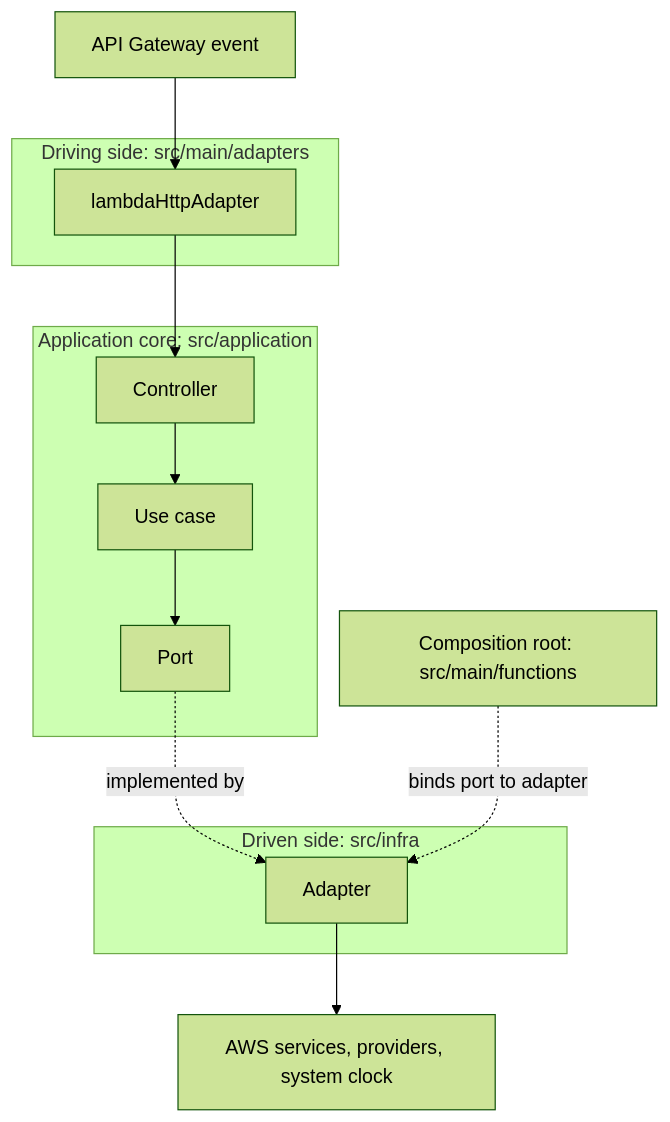
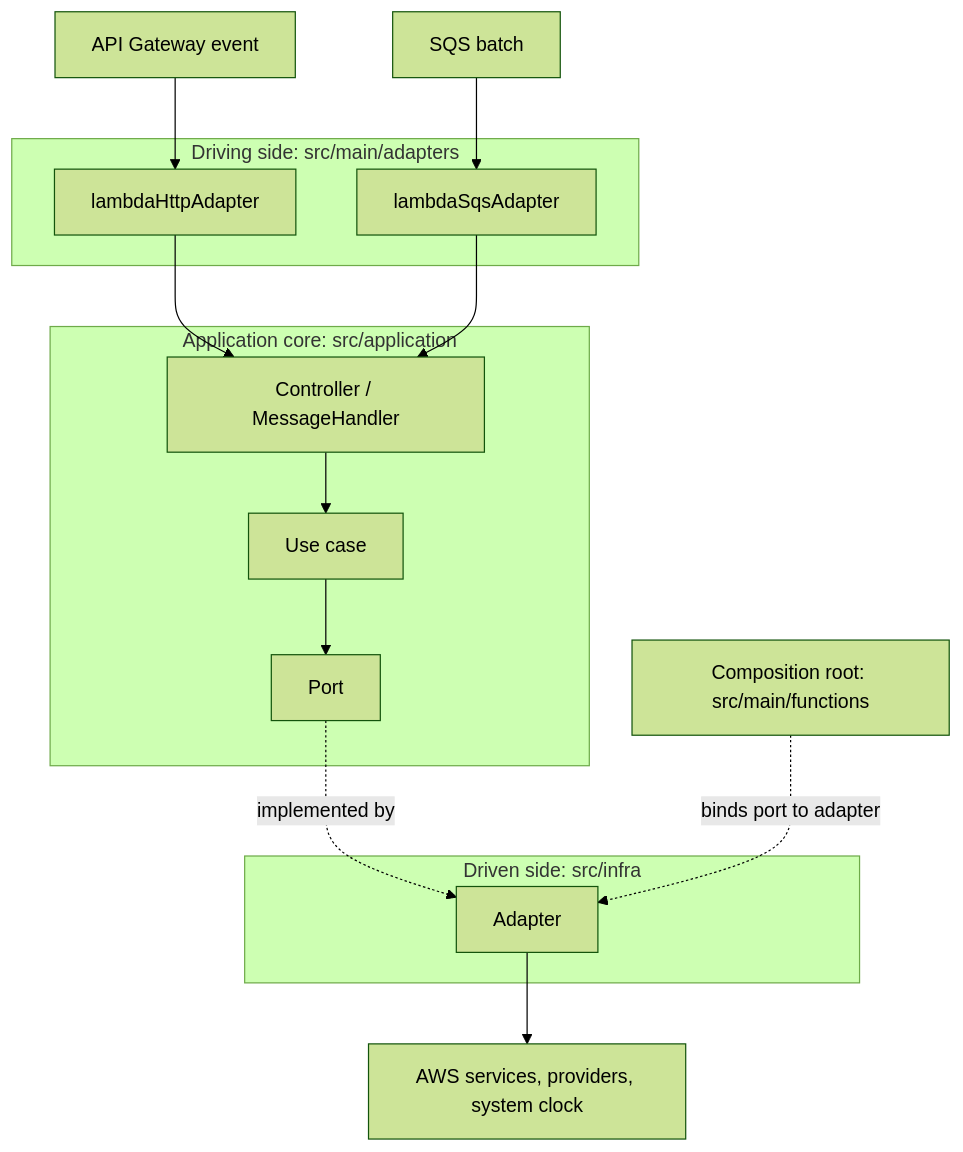
Before and after one commit to gabrielroriz/aws-resilient-payment-flow: the first of 3 diagrams in docs/architecture/code-structure.md, drawn with Mermaid (forest theme). The commit also changed other lines of this file and 40 other files, not shown here.

````diff
--- a/docs/architecture/code-structure.md
+++ b/docs/architecture/code-structure.md
@@ -15,22 +15,26 @@
 ```mermaid
 flowchart TD
     Event["API Gateway event"]
+    QueueEvent["SQS batch"]
     subgraph Driving["Driving side: src/main/adapters"]
         HttpAdapter["lambdaHttpAdapter"]
+        SqsAdapter["lambdaSqsAdapter"]
     end
     subgraph Core["Application core: src/application"]
-        Controller["Controller"] --> UseCase["Use case"]
+        Controller["Controller / MessageHandler"] --> UseCase["Use case"]
         UseCase --> Port["Port"]
     end
     subgraph Driven["Driven side: src/infra"]
         Adapter["Adapter"]
     end
     External["AWS services, providers, system clock"]
     Entry["Composition root: src/main/functions"]
 
     Event --> HttpAdapter
     HttpAdapter --> Controller
+    QueueEvent --> SqsAdapter
+    SqsAdapter --> Controller
     Port -. implemented by .-> Adapter
     Adapter --> External
     Entry -. binds port to adapter .-> Adapter
 ```
````
